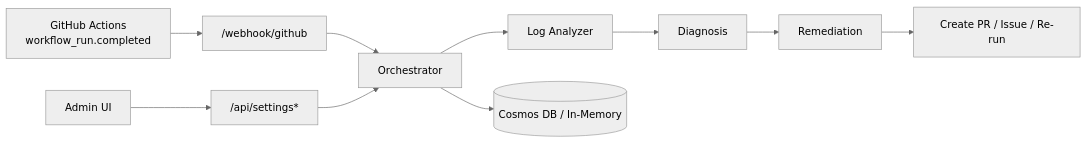
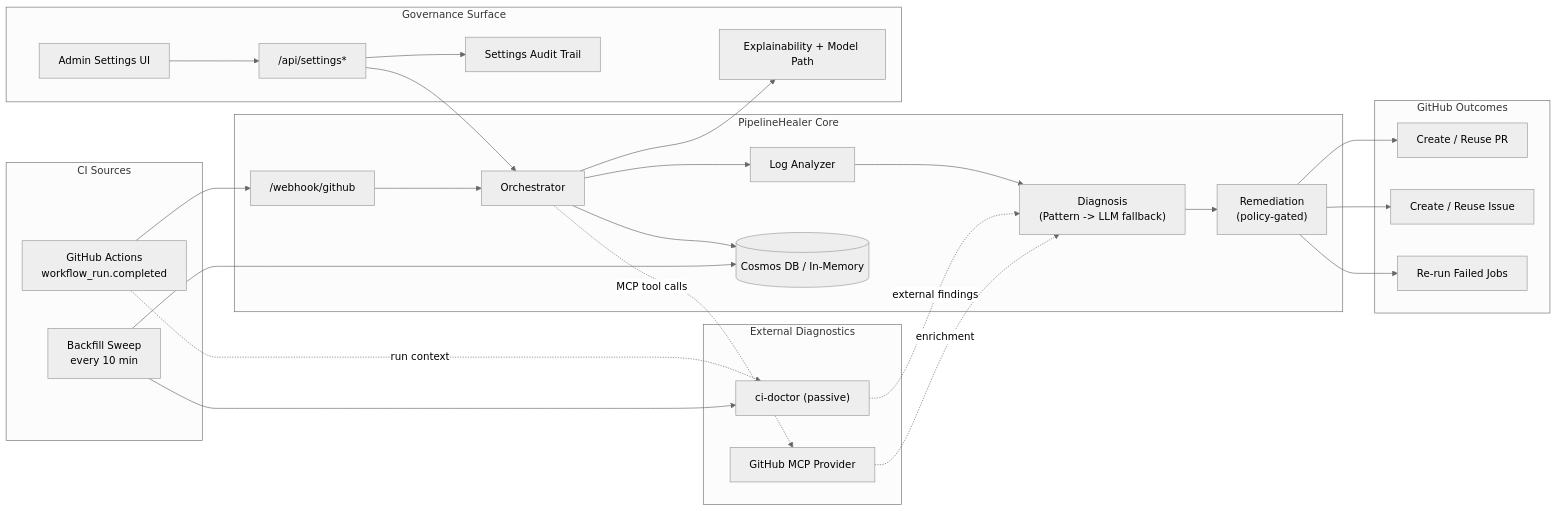
The diagram in README.md (Canepro/pipelinehealer), drawn with Mermaid (neutral theme) before and after one commit. The commit also changed other lines of this file, not shown here.

Commit message:
docs: refresh README architecture mermaid diagram

````diff
--- a/README.md
+++ b/README.md
@@ -98,8 +98,52 @@
 ```mermaid
 flowchart LR
-  GH["GitHub Actions\nworkflow_run.completed"] --> WH["/webhook/github"] --> OR["Orchestrator"]
-  OR --> LA["Log Analyzer"] --> DG["Diagnosis"] --> RM["Remediation"]
-  RM --> OP["Create PR / Issue / Re-run"]
-  OR --> ST[(Cosmos DB / In-Memory)]
-  UI["Admin UI"] --> API["/api/settings*"] --> OR
+  subgraph CI["CI Sources"]
+    GH["GitHub Actions<br/>workflow_run.completed"]
+    BF["Backfill Sweep<br/>every 10 min"]
+  end
+
+  subgraph PH["PipelineHealer Core"]
+    WH["/webhook/github"]
+    OR["Orchestrator"]
+    LA["Log Analyzer"]
+    DG["Diagnosis<br/>(Pattern -> LLM fallback)"]
+    RM["Remediation<br/>(policy-gated)"]
+    ST[("Cosmos DB / In-Memory")]
+  end
+
+  subgraph EXT["External Diagnostics"]
+    AW["ci-doctor (passive)"]
+    MCP["GitHub MCP Provider"]
+  end
+
+  subgraph GOV["Governance Surface"]
+    UI["Admin Settings UI"]
+    API["/api/settings*"]
+    AUD["Settings Audit Trail"]
+    EXP["Explainability + Model Path"]
+  end
+
+  subgraph OUT["GitHub Outcomes"]
+    PR["Create / Reuse PR"]
+    IS["Create / Reuse Issue"]
+    RR["Re-run Failed Jobs"]
+  end
+
+  GH --> WH --> OR
+  OR --> LA --> DG --> RM
+  RM --> PR
+  RM --> IS
+  RM --> RR
+
+  GH -. run context .-> AW
+  AW -. external findings .-> DG
+  BF --> AW
+  OR -. MCP tool calls .-> MCP
+  MCP -. enrichment .-> DG
+
+  UI --> API --> OR
+  API --> AUD
+  OR --> EXP
+  OR --> ST
+  BF --> ST
 ```
````
